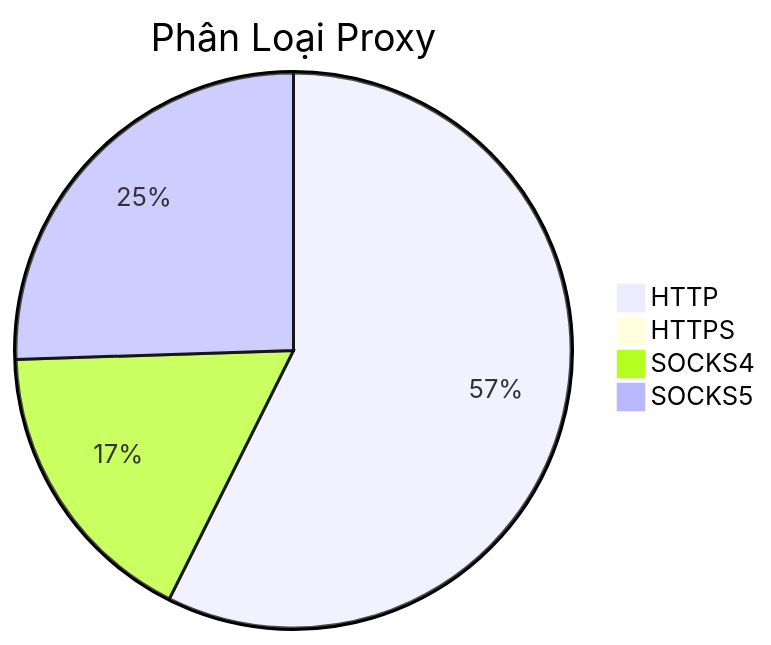
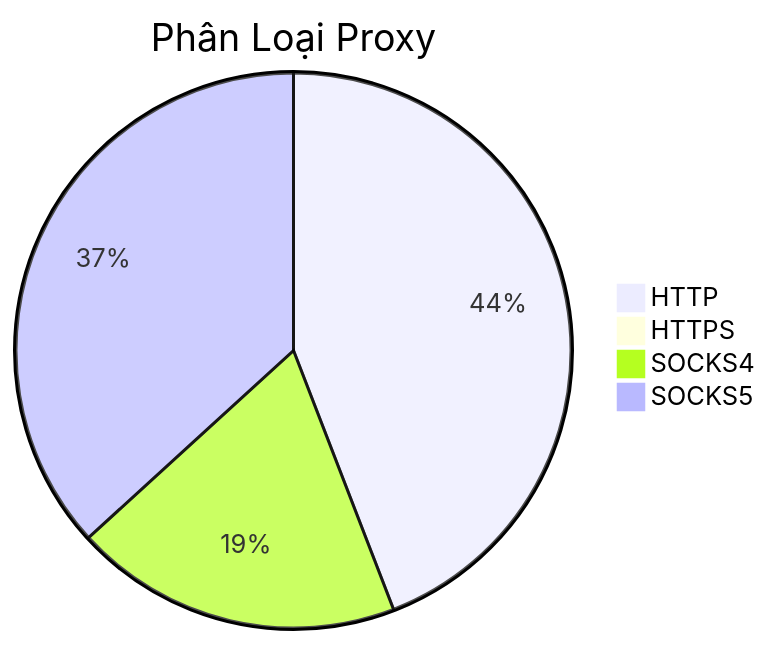
The diagram in README.md (Ciara-Aa/PROXY-free), drawn with Mermaid before and after one commit. The commit also changed other lines of this file and 4 other files, not shown here.

````diff
--- a/README.md
+++ b/README.md
@@ -26,7 +26,7 @@
 ```mermaid
 pie title Phân Loại Proxy
-    "HTTP" : 560
-    "HTTPS" : 4
-    "SOCKS4" : 167
-    "SOCKS5" : 249
+    "HTTP" : 282
+    "HTTPS" : 2
+    "SOCKS4" : 122
+    "SOCKS5" : 235
 ```
````
